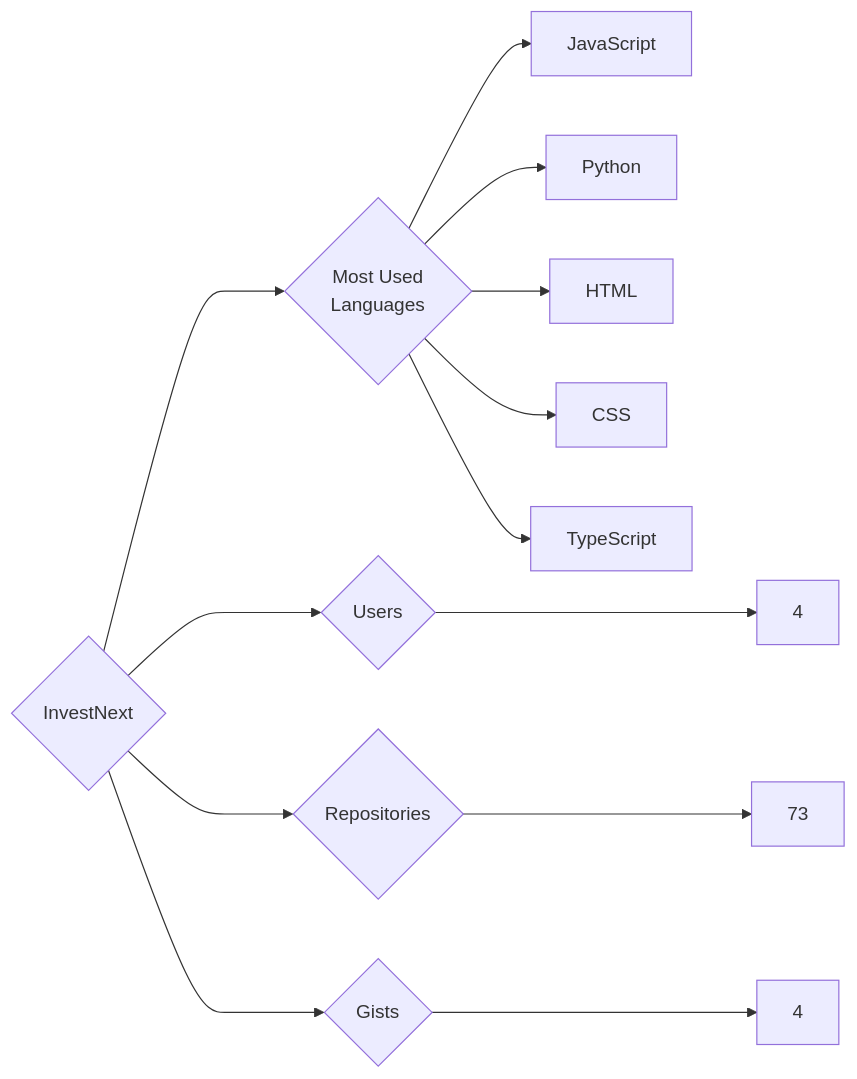
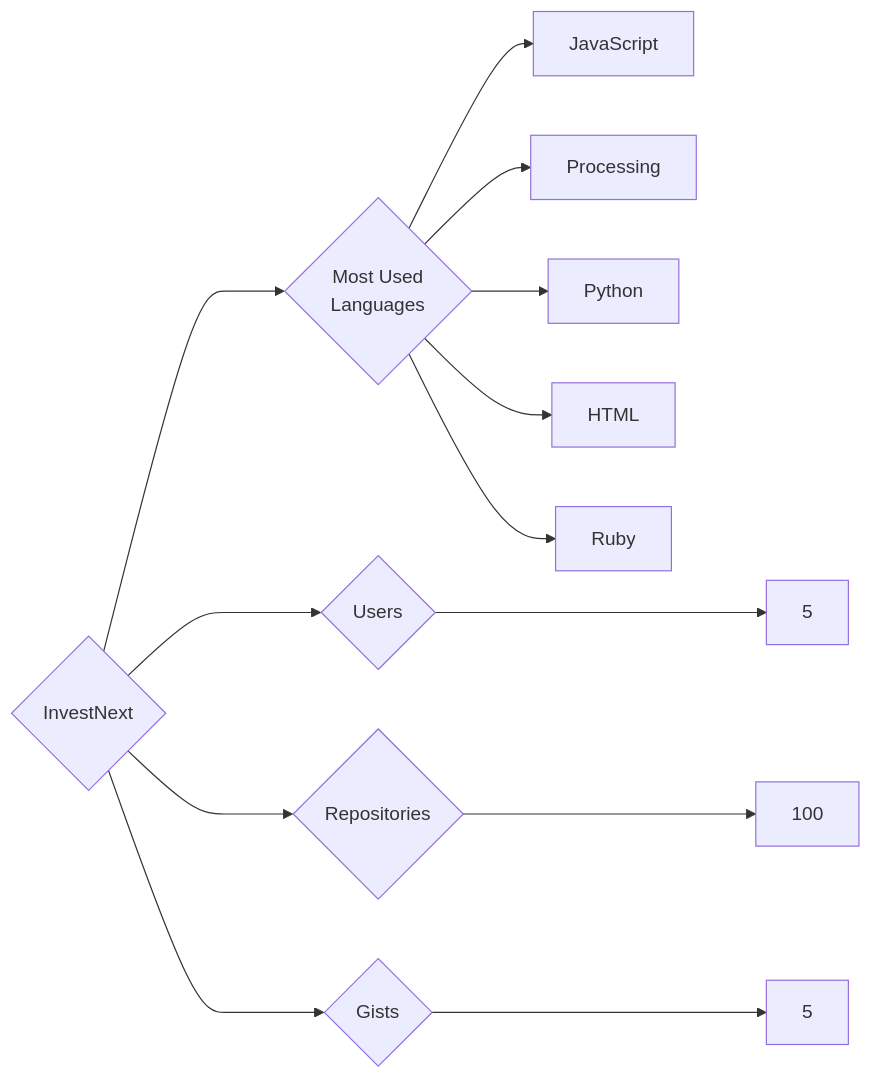
The diagram in targets/InvestNext/README.md (trickest/insiders), drawn with Mermaid before and after one commit. The commit also changed 988 other files, not shown here.

````diff
--- a/targets/InvestNext/README.md
+++ b/targets/InvestNext/README.md
@@ -3,13 +3,13 @@
 ```mermaid
 graph LR
 COMPANY_NAME{InvestNext}
-COMPANY_NAME ---> U{Users} ---> UN[4]
-COMPANY_NAME ---> R{Repositories} ---> RN[73]
-COMPANY_NAME ---> G{Gists} ---> GN[4]
+COMPANY_NAME ---> U{Users} ---> UN[5]
+COMPANY_NAME ---> R{Repositories} ---> RN[100]
+COMPANY_NAME ---> G{Gists} ---> GN[5]
 COMPANY_NAME ---> ML{Most Used<br>Languages}
 ML --> JavaScript[JavaScript]
+ML --> Processing[Processing]
 ML --> Python[Python]
 ML --> HTML[HTML]
-ML --> CSS[CSS]
-ML --> TypeScript[TypeScript]
+ML --> Ruby[Ruby]
 ```
````
